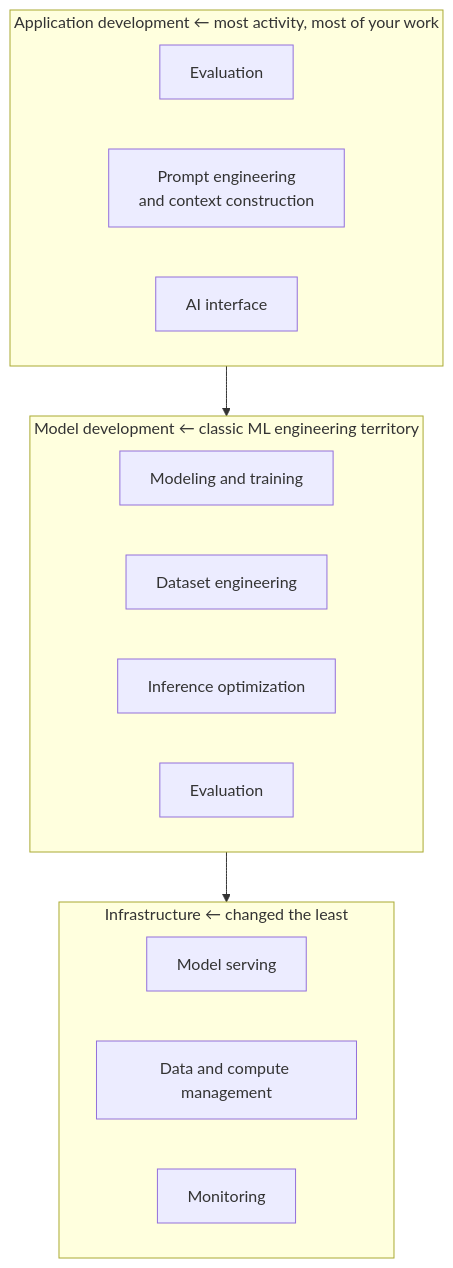
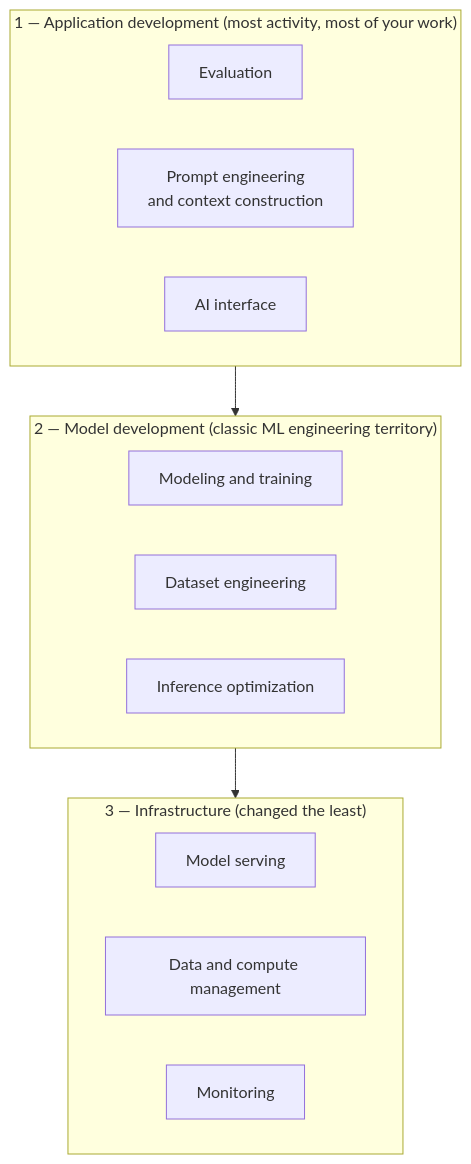
The sixth of 8 diagrams in book/chapter-01.md (utkarshinobi/mind), drawn with Mermaid before and after one commit. The commit also changed other lines of this file, not shown here.

````diff
--- a/book/chapter-01.md
+++ b/book/chapter-01.md
@@ -555,20 +388,19 @@
 ```mermaid
 flowchart TB
-    subgraph L1["Application development ← most activity, most of your work"]
+    subgraph L1["1 — Application development (most activity, most of your work)"]
         E1["Evaluation"]
         E2["Prompt engineering<br/>and context construction"]
         E3["AI interface"]
     end
-    subgraph L2["Model development ← classic ML engineering territory"]
+    subgraph L2["2 — Model development (classic ML engineering territory)"]
         M1["Modeling and training"]
         M2["Dataset engineering"]
         M3["Inference optimization"]
-        M4["Evaluation"]
     end
-    subgraph L3["Infrastructure ← changed the least"]
+    subgraph L3["3 — Infrastructure (changed the least)"]
         I1["Model serving"]
         I2["Data and compute management"]
         I3["Monitoring"]
     end
     L1 --> L2 --> L3
 ```
````
